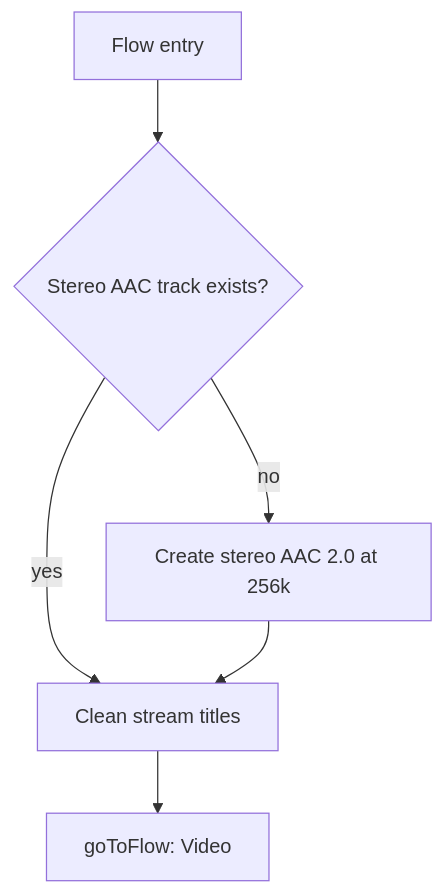
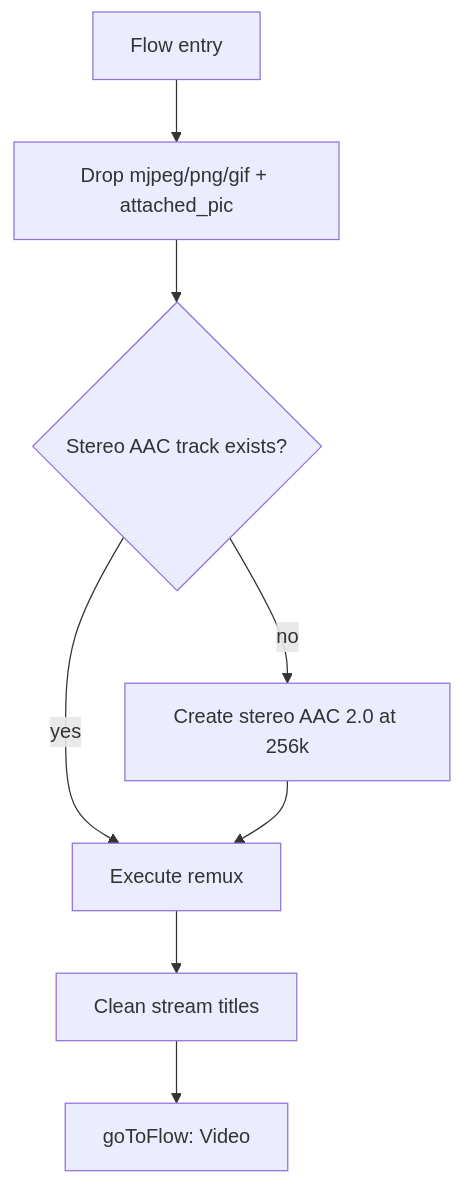
One commit to Apocrathia/homelab changed the third of 5 diagrams in flux/manifests/04-apps/media/management/tdarr/flows/README.md. Above: the diagram before and after it, drawn with Mermaid. The commit also changed other lines of this file and 3 other files, not shown here.

First line of the commit message:
feat(tdarr): add documentation for residual failure modes in Tdarr flows and remove outdated multipass flow

````diff
--- a/flux/manifests/04-apps/media/management/tdarr/flows/README.md
+++ b/flux/manifests/04-apps/media/management/tdarr/flows/README.md
@@ -50,8 +52,10 @@
 ```mermaid
 flowchart TD
-    Start["Flow entry"] --> HasStereoAAC{Stereo AAC track exists?}
-    HasStereoAAC -->|yes| CleanTitles["Clean stream titles"]
+    Start["Flow entry"] --> DropImg["Drop mjpeg/png/gif + attached_pic"]
+    DropImg --> HasStereoAAC{Stereo AAC track exists?}
+    HasStereoAAC -->|yes| Execute["Execute remux"]
     HasStereoAAC -->|no| CreateAAC["Create stereo AAC 2.0 at 256k"]
-    CreateAAC --> CleanTitles
+    CreateAAC --> Execute
+    Execute --> CleanTitles["Clean stream titles"]
     CleanTitles --> GoToF3["goToFlow: Video"]
 ```
````
